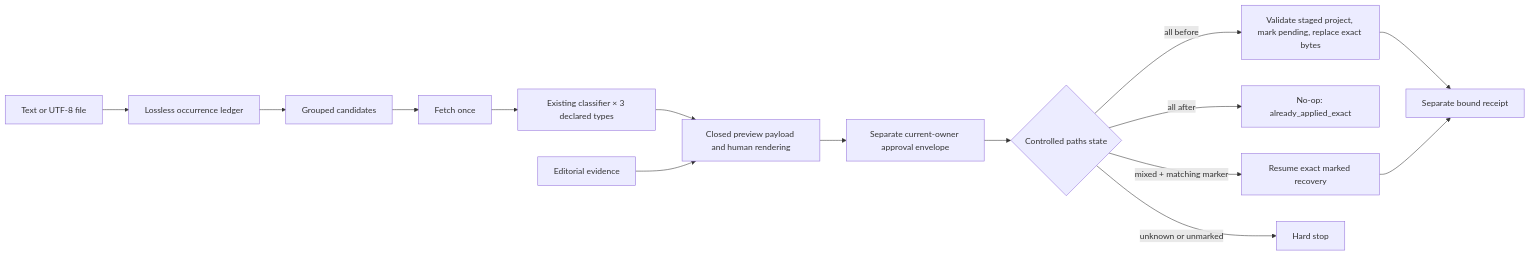
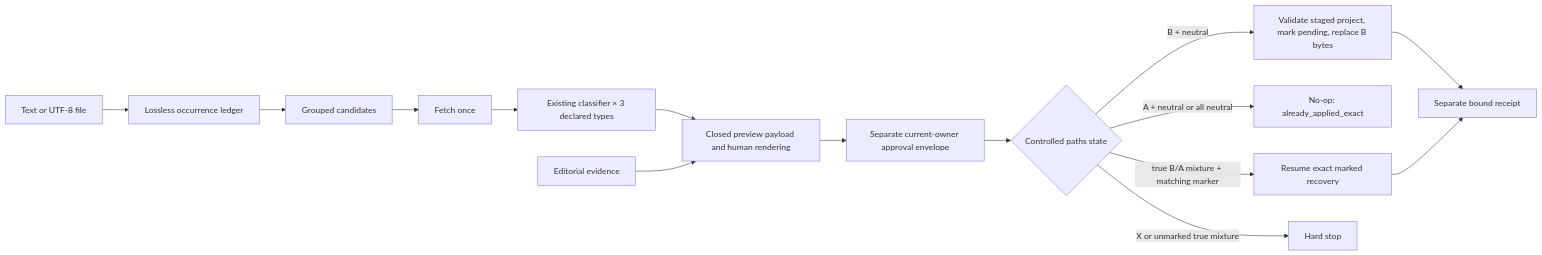
One commit to saubakirov/KZ-IT-telegram-list changed the diagram in tasks/2026/20260828-201343__catalog_intake_commands/phase-a/RF__phase-a__intake_engine.md. Above: the diagram before and after it, drawn with Mermaid. The commit also changed other lines of this file and 5 other files, not shown here.

````diff
--- a/tasks/2026/20260828-201343__catalog_intake_commands/phase-a/RF__phase-a__intake_engine.md
+++ b/tasks/2026/20260828-201343__catalog_intake_commands/phase-a/RF__phase-a__intake_engine.md
@@ -148,17 +176,17 @@
 ```mermaid
 flowchart LR
     S[Text or UTF-8 file] --> L[Lossless occurrence ledger]
     L --> C[Grouped candidates]
     C --> F[Fetch once]
     F --> T[Existing classifier × 3 declared types]
     T --> P[Closed preview payload and human rendering]
     E[Editorial evidence] --> P
     P --> A[Separate current-owner approval envelope]
     A --> G{Controlled paths state}
-    G -->|all before| W[Validate staged project, mark pending, replace exact bytes]
-    G -->|all after| N[No-op: already_applied_exact]
-    G -->|mixed + matching marker| R[Resume exact marked recovery]
-    G -->|unknown or unmarked| X[Hard stop]
+    G -->|B + neutral| W[Validate staged project, mark pending, replace B bytes]
+    G -->|A + neutral or all neutral| N[No-op: already_applied_exact]
+    G -->|true B/A mixture + matching marker| R[Resume exact marked recovery]
+    G -->|X or unmarked true mixture| X[Hard stop]
     W --> Q[Separate bound receipt]
     R --> Q
 ```
````
